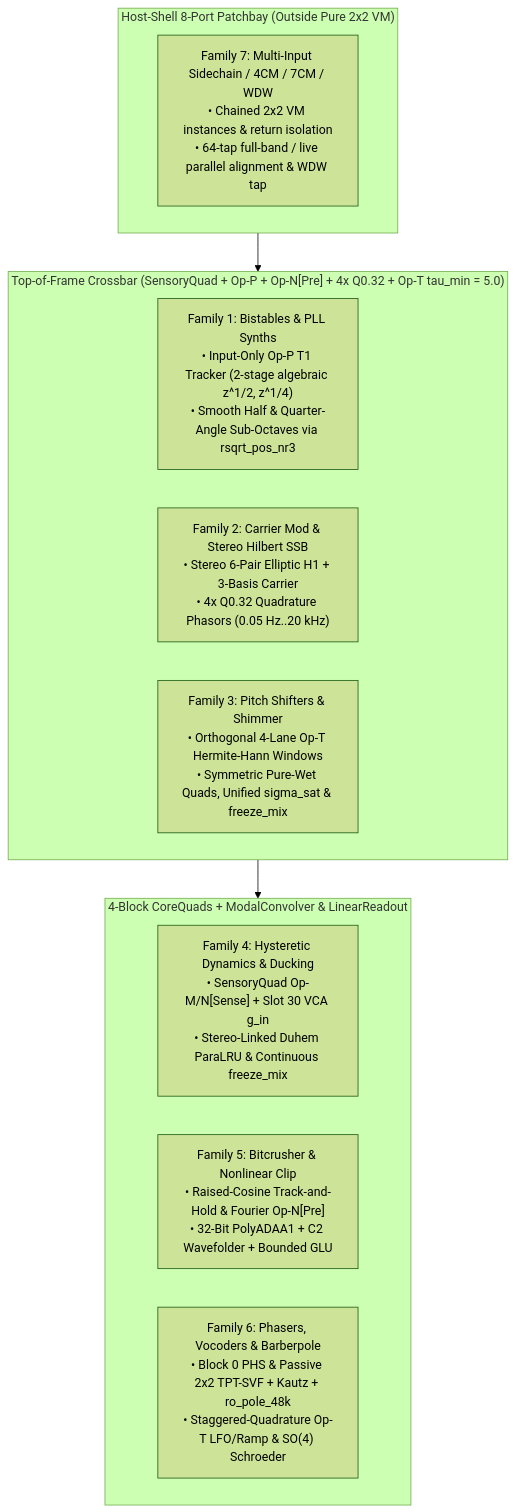
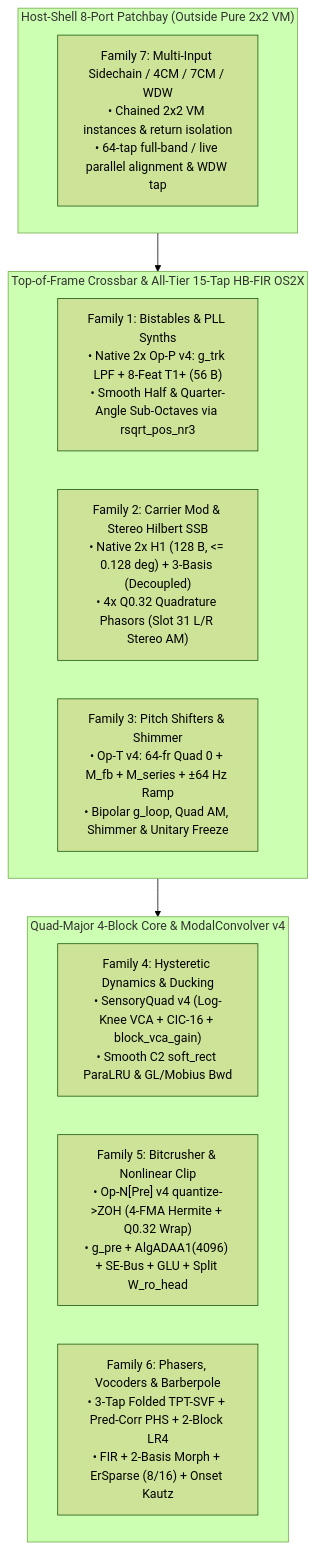
Before and after one commit to mokugen/dnam: the seventh of 7 diagrams in docs/specs/architecture/sona_architecture.md, drawn with Mermaid (forest theme). The commit also changed other lines of this file and 8 other files, not shown here.

Commit message:
docs(specs): C1.2 update architecture and DSP specifications for SONA v4.0

````diff
--- a/docs/specs/architecture/sona_architecture.md
+++ b/docs/specs/architecture/sona_architecture.md
@@ -650,20 +615,20 @@
 ```mermaid
 flowchart TD
     subgraph HostShell ["Host-Shell 8-Port Patchbay (Outside Pure 2x2 VM)"]
         F7["Family 7: Multi-Input Sidechain / 4CM / 7CM / WDW<br/>• Chained 2x2 VM instances & return isolation<br/>• 64-tap full-band / live parallel alignment & WDW tap"]
     end
 
-    subgraph Crossbar ["Top-of-Frame Crossbar (SensoryQuad + Op-P + Op-N[Pre] + 4x Q0.32 + Op-T tau_min = 5.0)"]
-        F1["Family 1: Bistables & PLL Synths<br/>• Input-Only Op-P T1 Tracker (2-stage algebraic z^1/2, z^1/4)<br/>• Smooth Half & Quarter-Angle Sub-Octaves via rsqrt_pos_nr3"]
-        F2["Family 2: Carrier Mod & Stereo Hilbert SSB<br/>• Stereo 6-Pair Elliptic H1 + 3-Basis Carrier<br/>• 4x Q0.32 Quadrature Phasors (0.05 Hz..20 kHz)"]
-        F3["Family 3: Pitch Shifters & Shimmer<br/>• Orthogonal 4-Lane Op-T Hermite-Hann Windows<br/>• Symmetric Pure-Wet Quads, Unified sigma_sat & freeze_mix"]
+    subgraph Crossbar ["Top-of-Frame Crossbar & All-Tier 15-Tap HB-FIR OS2X"]
+        F1["Family 1: Bistables & PLL Synths<br/>• Native 2x Op-P v4: g_trk LPF + 8-Feat T1+ (56 B)<br/>• Smooth Half & Quarter-Angle Sub-Octaves via rsqrt_pos_nr3"]
+        F2["Family 2: Carrier Mod & Stereo Hilbert SSB<br/>• Native 2x H1 (128 B, <= 0.128 deg) + 3-Basis (Decoupled)<br/>• 4x Q0.32 Quadrature Phasors (Slot 31 L/R Stereo AM)"]
+        F3["Family 3: Pitch Shifters & Shimmer<br/>• Op-T v4: 64-fr Quad 0 + M_fb + M_series + ±64 Hz Ramp<br/>• Bipolar g_loop, Quad AM, Shimmer & Unitary Freeze"]
     end
 
-    subgraph CoreAndConv ["4-Block CoreQuads + ModalConvolver & LinearReadout"]
-        F4["Family 4: Hysteretic Dynamics & Ducking<br/>• SensoryQuad Op-M/N[Sense] + Slot 30 VCA g_in<br/>• Stereo-Linked Duhem ParaLRU & Continuous freeze_mix"]
-        F5["Family 5: Bitcrusher & Nonlinear Clip<br/>• Raised-Cosine Track-and-Hold & Fourier Op-N[Pre]<br/>• 32-Bit PolyADAA1 + C2 Wavefolder + Bounded GLU"]
-        F6["Family 6: Phasers, Vocoders & Barberpole<br/>• Block 0 PHS & Passive 2x2 TPT-SVF + Kautz + ro_pole_48k<br/>• Staggered-Quadrature Op-T LFO/Ramp & SO(4) Schroeder"]
+    subgraph CoreAndConv ["Quad-Major 4-Block Core & ModalConvolver v4"]
+        F4["Family 4: Hysteretic Dynamics & Ducking<br/>• SensoryQuad v4 (Log-Knee VCA + CIC-16 + block_vca_gain)<br/>• Smooth C2 soft_rect ParaLRU & GL/Mobius Bwd"]
+        F5["Family 5: Bitcrusher & Nonlinear Clip<br/>• Op-N[Pre] v4 quantize->ZOH (4-FMA Hermite + Q0.32 Wrap)<br/>• g_pre + AlgADAA1(4096) + SE-Bus + GLU + Split W_ro_head"]
+        F6["Family 6: Phasers, Vocoders & Barberpole<br/>• 3-Tap Folded TPT-SVF + Pred-Corr PHS + 2-Block LR4<br/>• FIR + 2-Basis Morph + ErSparse (8/16) + Onset Kautz"]
     end
 
     HostShell --> Crossbar --> CoreAndConv
 ```
````
